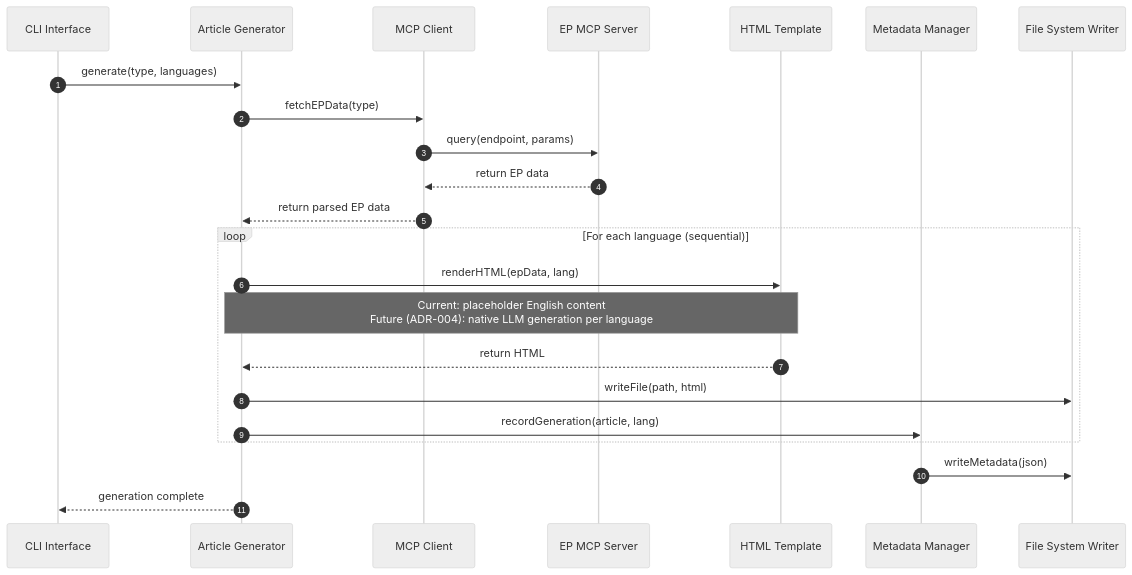
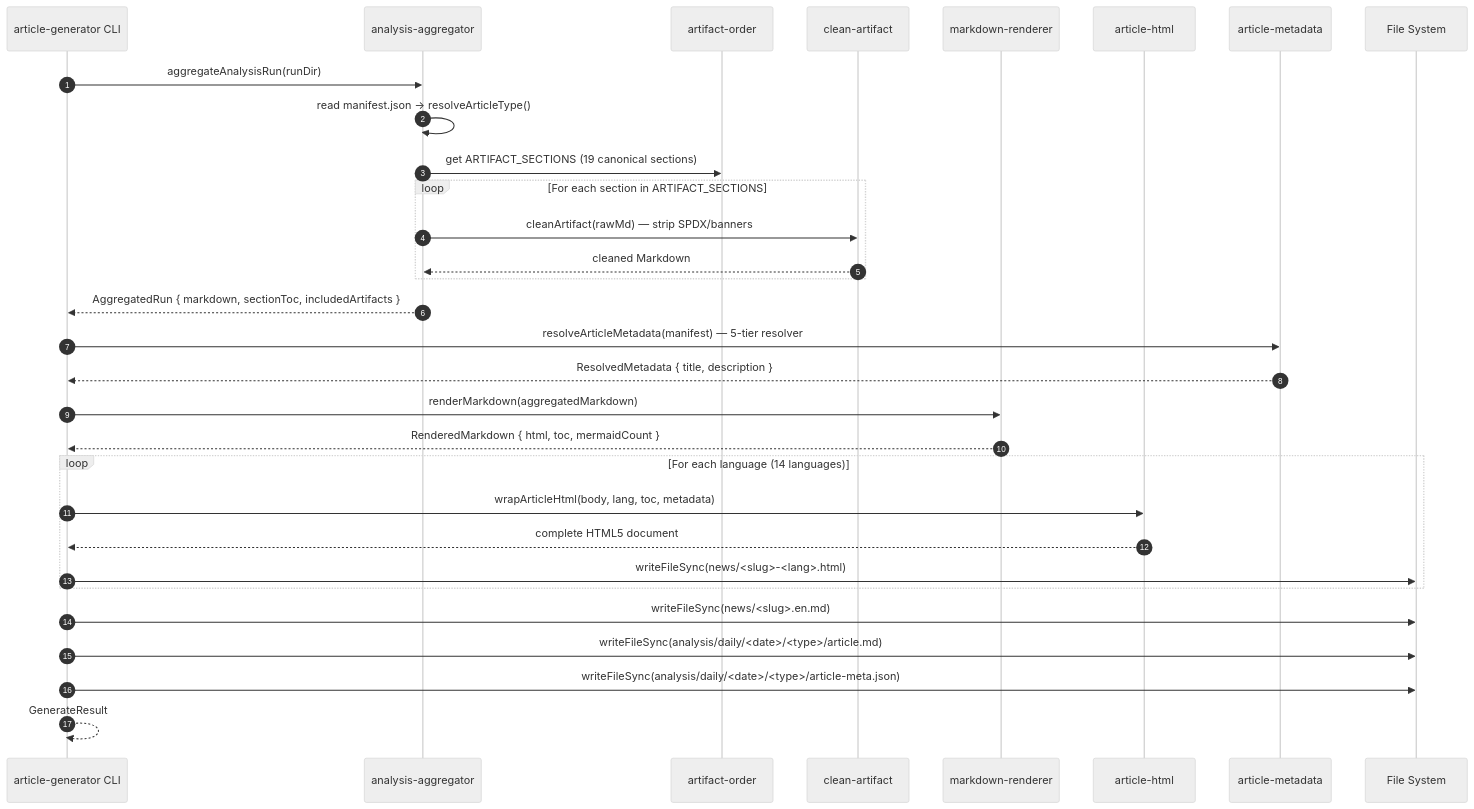
The sixth of 12 diagrams in ARCHITECTURE.md (Hack23/euparliamentmonitor), drawn with Mermaid (neutral theme) before and after one commit. The commit also changed other lines of this file and 2 other files, not shown here.

````diff
--- a/ARCHITECTURE.md
+++ b/ARCHITECTURE.md
@@ -549,28 +549,38 @@
 ```mermaid
 sequenceDiagram
     autonumber
-    participant CLI as CLI Interface
-    participant Gen as Article Generator
-    participant MCP as MCP Client
-    participant EPMCP as EP MCP Server
-    participant Tmpl as HTML Template
-    participant Meta as Metadata Manager
-    participant FS as File System Writer
-    
-    CLI->>Gen: generate(type, languages)
-    Gen->>MCP: fetchEPData(type)
-    MCP->>EPMCP: query(endpoint, params)
-    EPMCP-->>MCP: return EP data
-    MCP-->>Gen: return parsed EP data
-    
-    loop For each language (sequential)
-        Gen->>Tmpl: renderHTML(epData, lang)
-        Note over Gen,Tmpl: Current: placeholder English content<br/>Future (ADR-004): native LLM generation per language
-        Tmpl-->>Gen: return HTML
-        Gen->>FS: writeFile(path, html)
-        Gen->>Meta: recordGeneration(article, lang)
+    participant CLI as article-generator CLI
+    participant AGG as analysis-aggregator
+    participant AO as artifact-order
+    participant CA as clean-artifact
+    participant MR as markdown-renderer
+    participant AH as article-html
+    participant AM as article-metadata
+    participant FS as File System
+
+    CLI->>AGG: aggregateAnalysisRun(runDir)
+    AGG->>AGG: read manifest.json → resolveArticleType()
+    AGG->>AO: get ARTIFACT_SECTIONS (19 canonical sections)
+    loop For each section in ARTIFACT_SECTIONS
+        AGG->>CA: cleanArtifact(rawMd) — strip SPDX/banners
+        CA-->>AGG: cleaned Markdown
     end
-    
-    Meta->>FS: writeMetadata(json)
-    Gen-->>CLI: generation complete
+    AGG-->>CLI: AggregatedRun { markdown, sectionToc, includedArtifacts }
+
+    CLI->>AM: resolveArticleMetadata(manifest) — 5-tier resolver
+    AM-->>CLI: ResolvedMetadata { title, description }
+
+    CLI->>MR: renderMarkdown(aggregatedMarkdown)
+    MR-->>CLI: RenderedMarkdown { html, toc, mermaidCount }
+
+    loop For each language (14 languages)
+        CLI->>AH: wrapArticleHtml(body, lang, toc, metadata)
+        AH-->>CLI: complete HTML5 document
+        CLI->>FS: writeFileSync(news/<slug>-<lang>.html)
+    end
+
+    CLI->>FS: writeFileSync(news/<slug>.en.md)
+    CLI->>FS: writeFileSync(analysis/daily/<date>/<type>/article.md)
+    CLI->>FS: writeFileSync(analysis/daily/<date>/<type>/article-meta.json)
+    CLI-->>CLI: GenerateResult
 ```
````
